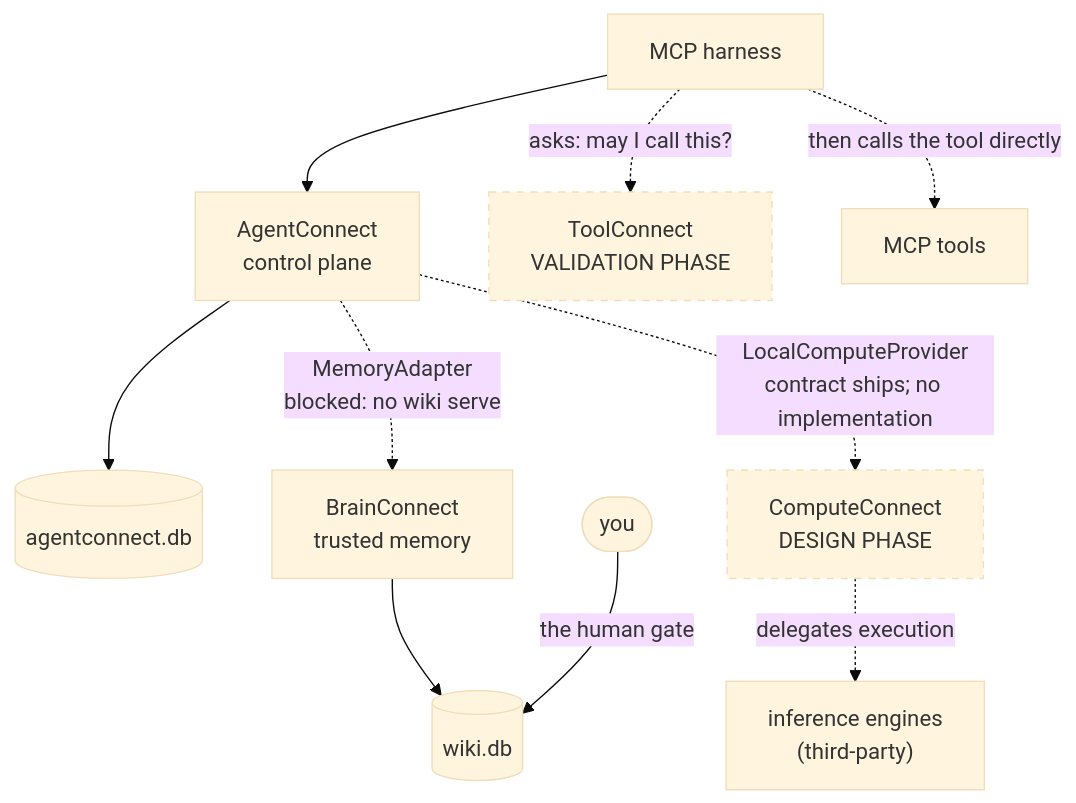
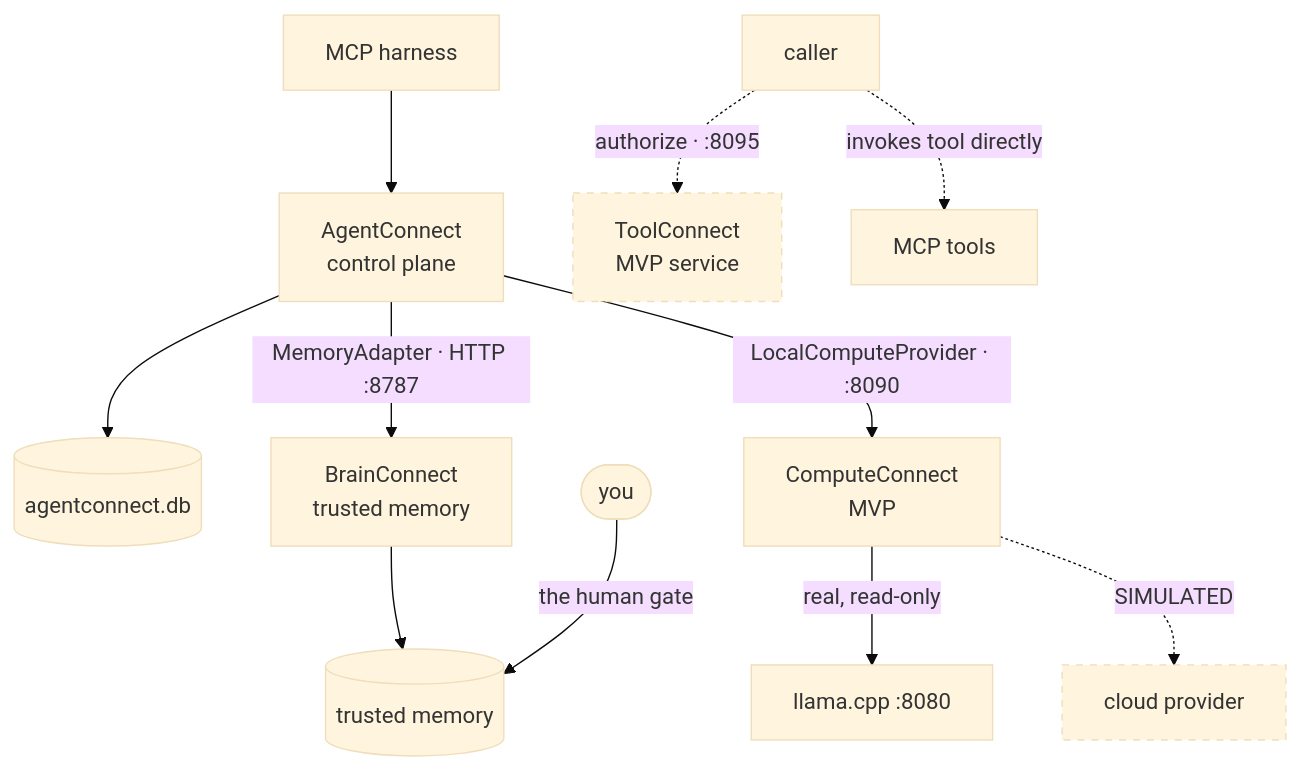
Before and after one commit to Judgernaut777/Connect: the eighth of 8 diagrams in ARCHITECTURE.md, drawn with Mermaid (base theme). The commit also changed other lines of this file and 7 other files, not shown here.

````diff
--- a/ARCHITECTURE.md
+++ b/ARCHITECTURE.md
@@ -174,18 +196,19 @@
 ```mermaid
 flowchart TD
     harness["MCP harness"] --> ac["AgentConnect<br/>control plane"]
     ac --> acdb[("agentconnect.db")]
 
-    ac -.->|"MemoryAdapter<br/>blocked: no wiki serve"| bc["BrainConnect<br/>trusted memory"]
-    bc --> bcdb[("wiki.db")]
+    ac -->|"MemoryAdapter · HTTP :8787"| bc["BrainConnect<br/>trusted memory"]
+    bc --> bcdb[("trusted memory")]
     you(["you"]) -->|"the human gate"| bcdb
 
-    ac -.->|"LocalComputeProvider<br/>contract ships; no implementation"| cc["ComputeConnect<br/>DESIGN PHASE"]
-    cc -.->|"delegates execution"| engines["inference engines<br/>(third-party)"]
+    ac -->|"LocalComputeProvider · :8090"| cc["ComputeConnect<br/>MVP"]
+    cc -->|"real, read-only"| llama["llama.cpp :8080"]
+    cc -.->|"SIMULATED"| sim["cloud provider"]
 
-    harness -.->|"asks: may I call this?"| tc["ToolConnect<br/>VALIDATION PHASE"]
-    harness -.->|"then calls the tool directly"| tools["MCP tools"]
+    caller["caller"] -.->|"authorize · :8095"| tc["ToolConnect<br/>MVP service"]
+    caller -.->|"invokes tool directly"| tools["MCP tools"]
 
-    style cc stroke-dasharray: 5 5
+    style sim stroke-dasharray: 5 5
     style tc stroke-dasharray: 5 5
 ```
````
